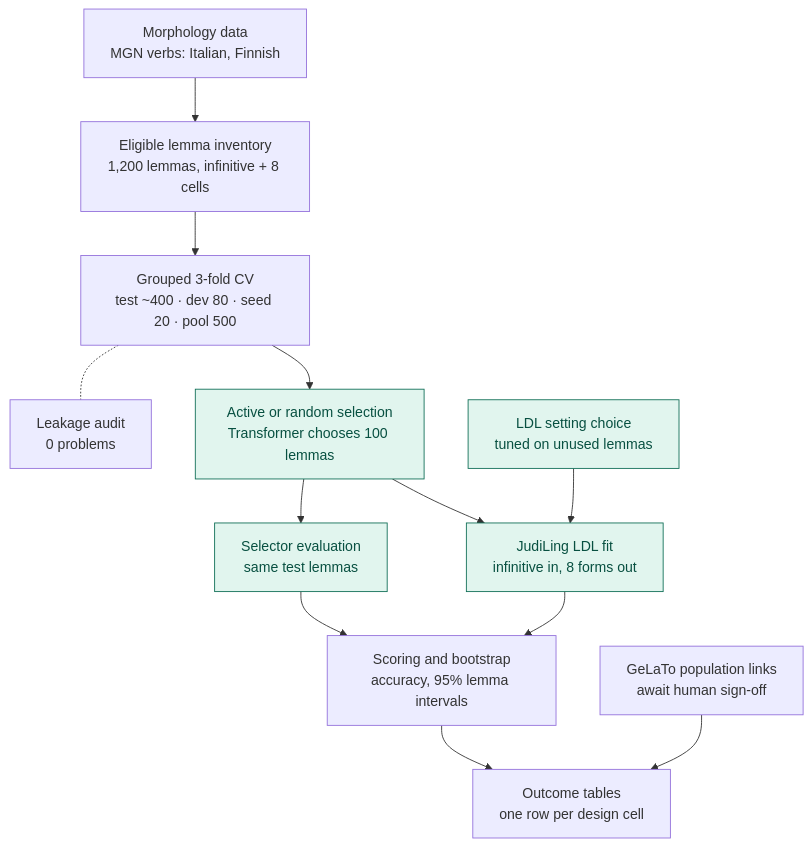
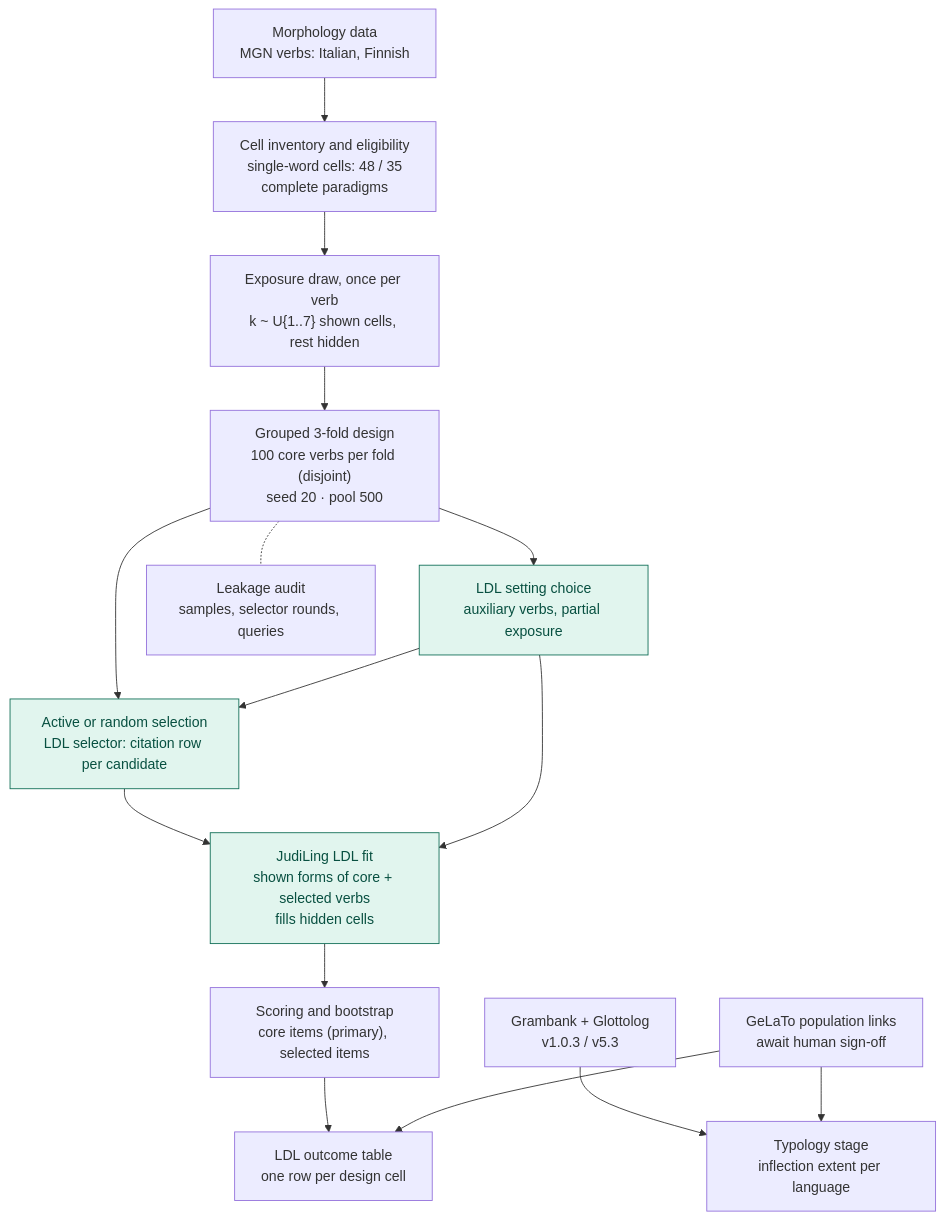
Before and after one commit to acraevschi/study_3: the diagram in docs/PIPELINE_OVERVIEW.md, drawn with Mermaid. The commit also changed other lines of this file and 61 other files, not shown here.

````diff
--- a/docs/PIPELINE_OVERVIEW.md
+++ b/docs/PIPELINE_OVERVIEW.md
@@ -6,23 +8,27 @@
 ```mermaid
 flowchart TD
     data["Morphology data<br/>MGN verbs: Italian, Finnish"]
-    inv["Eligible lemma inventory<br/>1,200 lemmas, infinitive + 8 cells"]
-    cv["Grouped 3-fold CV<br/>test ~400 · dev 80 · seed 20 · pool 500"]
-    audit["Leakage audit<br/>0 problems"]
-    sel["Active or random selection<br/>Transformer chooses 100 lemmas"]
-    tune["LDL setting choice<br/>tuned on unused lemmas"]
-    ldl["JudiLing LDL fit<br/>infinitive in, 8 forms out"]
-    seleval["Selector evaluation<br/>same test lemmas"]
-    score["Scoring and bootstrap<br/>accuracy, 95% lemma intervals"]
-    out["Outcome tables<br/>one row per design cell"]
+    cells["Cell inventory and eligibility<br/>single-word cells: 48 / 35<br/>complete paradigms"]
+    expo["Exposure draw, once per verb<br/>k ~ U{1..7} shown cells, rest hidden"]
+    cv["Grouped 3-fold design<br/>100 core verbs per fold (disjoint)<br/>seed 20 · pool 500"]
+    tune["LDL setting choice<br/>auxiliary verbs, partial exposure"]
+    sel["Active or random selection<br/>LDL selector: citation row per candidate"]
+    audit["Leakage audit<br/>samples, selector rounds, queries"]
+    ldl["JudiLing LDL fit<br/>shown forms of core + selected verbs<br/>fills hidden cells"]
+    score["Scoring and bootstrap<br/>core items (primary), selected items"]
+    out["LDL outcome table<br/>one row per design cell"]
+    gb["Grambank + Glottolog<br/>v1.0.3 / v5.3"]
+    typ["Typology stage<br/>inflection extent per language"]
     gelato["GeLaTo population links<br/>await human sign-off"]
 
-    data --> inv --> cv --> sel --> ldl --> score --> out
+    data --> cells --> expo --> cv --> sel --> ldl --> score --> out
+    cv --> tune --> sel
+    tune --> ldl
     cv -.- audit
-    tune --> ldl
-    sel --> seleval --> score
+    gb --> typ
     gelato --> out
+    gelato --> typ
 
     classDef fitted fill:#E1F5EE,stroke:#0F6E56,color:#085041
-    class sel,tune,ldl,seleval fitted
+    class tune,sel,ldl fitted
 ```
````
